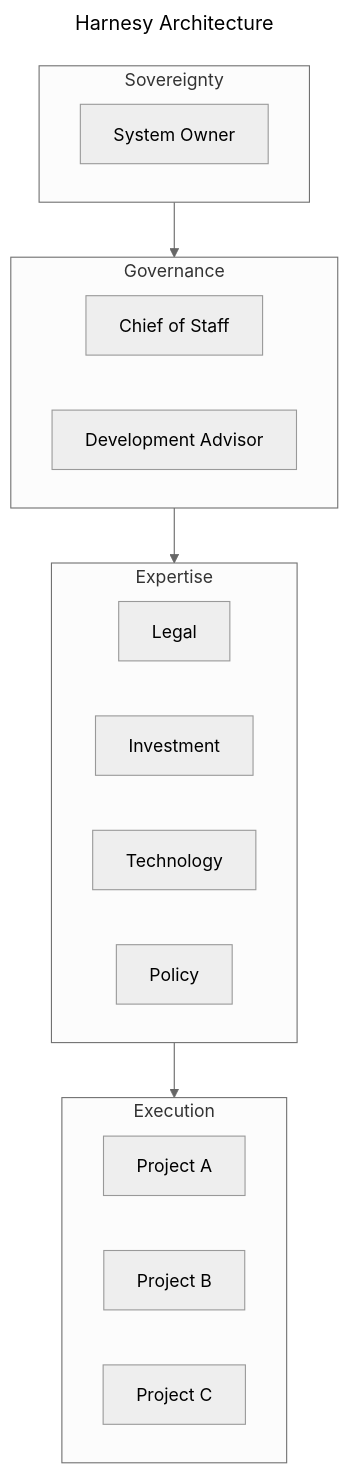
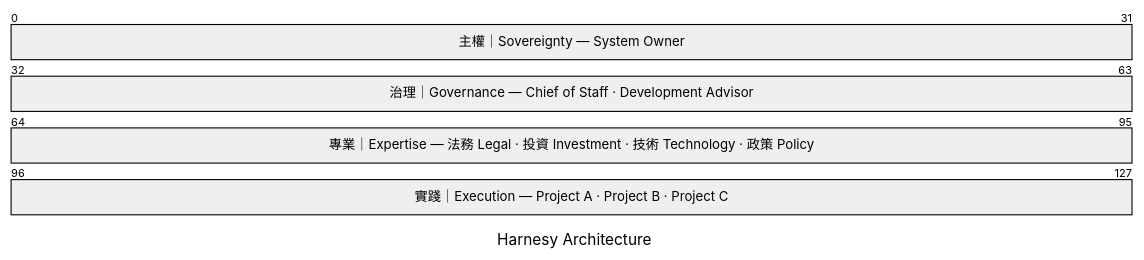
One commit to MarkovChenITRI/.github changed the third of 3 diagrams in profile/README.md. Above: the diagram before and after it, drawn with Mermaid (neutral theme).

````diff
--- a/profile/README.md
+++ b/profile/README.md
@@ -105,34 +105,10 @@
 ```mermaid
 ---
 title: Harnesy Architecture
 ---
-flowchart TB
-    subgraph L1["Sovereignty"]
-        O["System Owner"]
-    end
-
-    subgraph L2["Governance"]
-        direction LR
-        C["Chief of Staff"]
-        A["Development Advisor"]
-    end
-
-    subgraph L3["Expertise"]
-        direction LR
-        L["Legal"]
-        I["Investment"]
-        T["Technology"]
-        P["Policy"]
-    end
-
-    subgraph L4["Execution"]
-        direction LR
-        P1["Project A"]
-        P2["Project B"]
-        P3["Project C"]
-    end
-
-    L1 --> L2
-    L2 --> L3
-    L3 --> L4
+packet
+0-31: "主權｜Sovereignty — System Owner"
+32-63: "治理｜Governance — Chief of Staff · Development Advisor"
+64-95: "專業｜Expertise — 法務 Legal · 投資 Investment · 技術 Technology · 政策 Policy"
+96-127: "實踐｜Execution — Project A · Project B · Project C"
 ```
````
